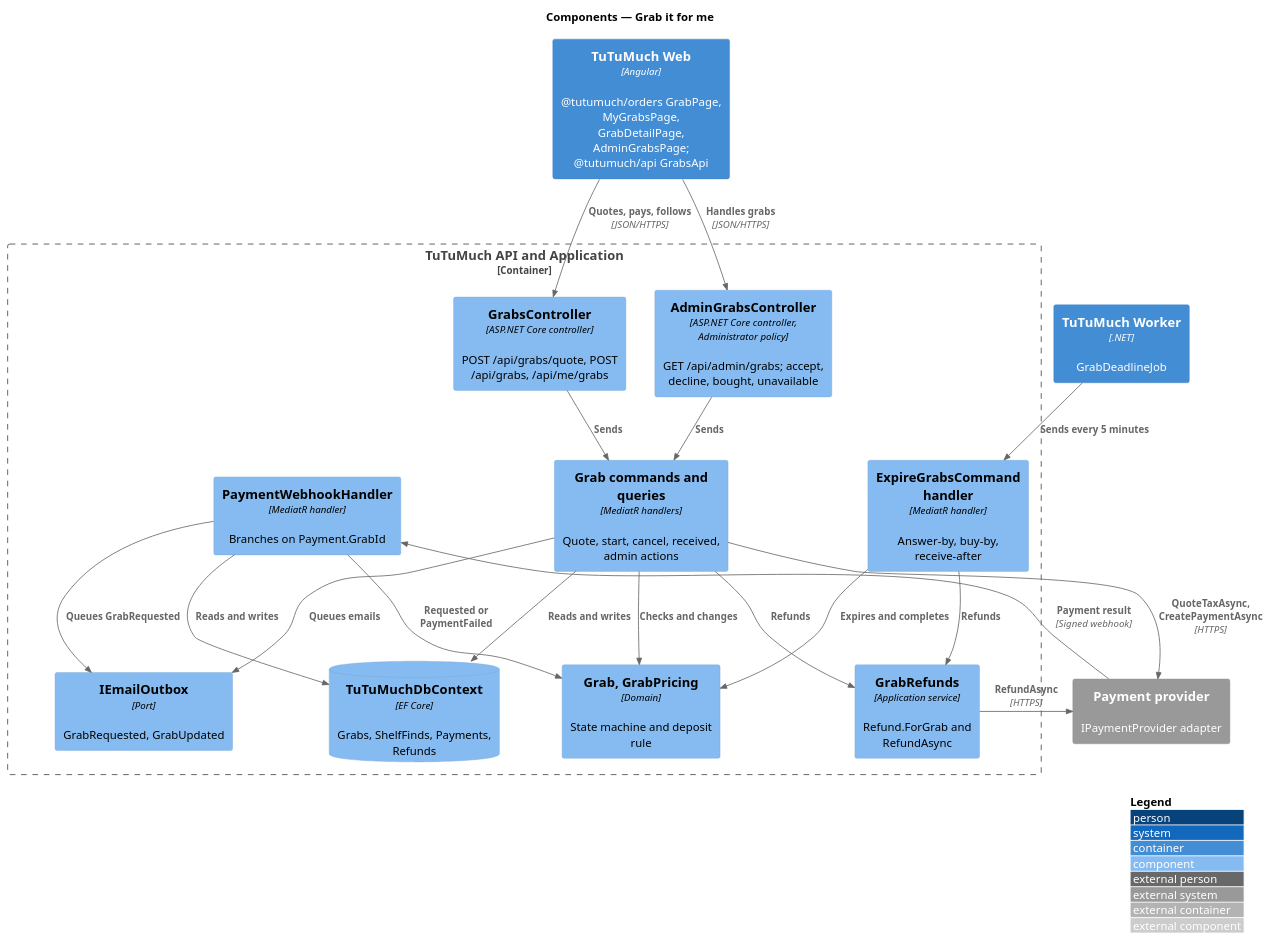
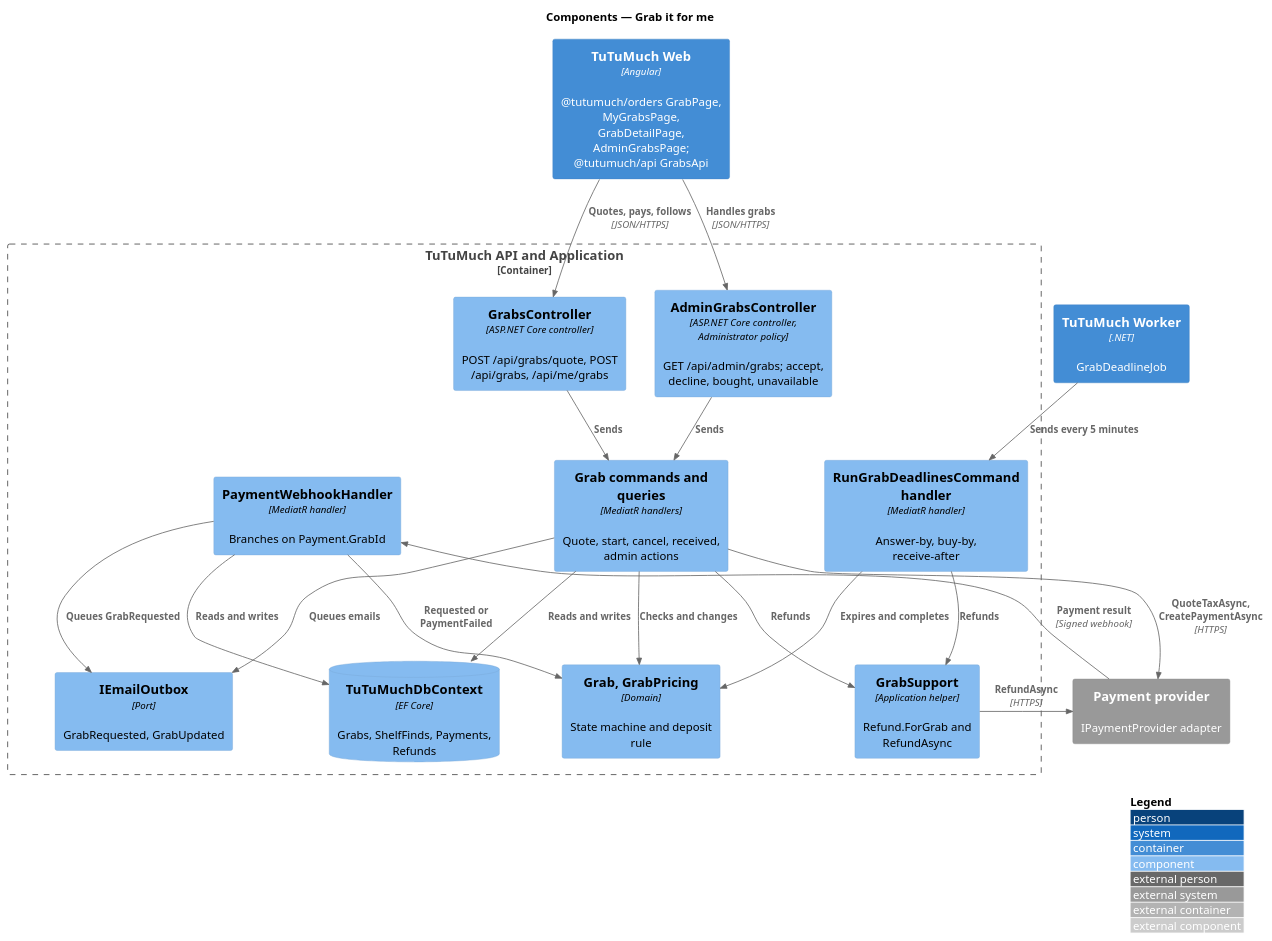
The diagram in docs/detailed-designs/orders/grab-it-for-me/diagrams/c4-component.puml (QuinntyneBrown/tutumuch), drawn with PlantUML before and after one commit. The commit also changed 24 other files, not shown here.

```diff
--- a/docs/detailed-designs/orders/grab-it-for-me/diagrams/c4-component.puml
+++ b/docs/detailed-designs/orders/grab-it-for-me/diagrams/c4-component.puml
@@ -1,38 +1,38 @@
 @startuml
 !include <C4/C4_Component>
 LAYOUT_WITH_LEGEND()
 title Components — Grab it for me
 
 Container(web, "TuTuMuch Web", "Angular", "@tutumuch/orders GrabPage, MyGrabsPage, GrabDetailPage, AdminGrabsPage; @tutumuch/api GrabsApi")
 System_Ext(payments, "Payment provider", "IPaymentProvider adapter")
 Container(worker, "TuTuMuch Worker", ".NET", "GrabDeadlineJob")
 Container_Boundary(api, "TuTuMuch API and Application") {
   Component(grabs, "GrabsController", "ASP.NET Core controller", "POST /api/grabs/quote, POST /api/grabs, /api/me/grabs")
   Component(admin, "AdminGrabsController", "ASP.NET Core controller, Administrator policy", "GET /api/admin/grabs; accept, decline, bought, unavailable")
   Component(webhook, "PaymentWebhookHandler", "MediatR handler", "Branches on Payment.GrabId")
   Component(commands, "Grab commands and queries", "MediatR handlers", "Quote, start, cancel, received, admin actions")
-  Component(deadlines, "ExpireGrabsCommand handler", "MediatR handler", "Answer-by, buy-by, receive-after")
-  Component(refunds, "GrabRefunds", "Application service", "Refund.ForGrab and RefundAsync")
+  Component(deadlines, "RunGrabDeadlinesCommand handler", "MediatR handler", "Answer-by, buy-by, receive-after")
+  Component(refunds, "GrabSupport", "Application helper", "Refund.ForGrab and RefundAsync")
   Component(outbox, "IEmailOutbox", "Port", "GrabRequested, GrabUpdated")
   Component(domain, "Grab, GrabPricing", "Domain", "State machine and deposit rule")
   ComponentDb(db, "TuTuMuchDbContext", "EF Core", "Grabs, ShelfFinds, Payments, Refunds")
 }
 
 Rel(web, grabs, "Quotes, pays, follows", "JSON/HTTPS")
 Rel(web, admin, "Handles grabs", "JSON/HTTPS")
 Rel(payments, webhook, "Payment result", "Signed webhook")
 Rel(worker, deadlines, "Sends every 5 minutes")
 Rel(grabs, commands, "Sends")
 Rel(admin, commands, "Sends")
 Rel(commands, domain, "Checks and changes")
 Rel(deadlines, domain, "Expires and completes")
 Rel(webhook, domain, "Requested or PaymentFailed")
 Rel(commands, refunds, "Refunds")
 Rel(deadlines, refunds, "Refunds")
 Rel(refunds, payments, "RefundAsync", "HTTPS")
 Rel(commands, payments, "QuoteTaxAsync, CreatePaymentAsync", "HTTPS")
 Rel(commands, outbox, "Queues emails")
 Rel(webhook, outbox, "Queues GrabRequested")
 Rel(commands, db, "Reads and writes")
 Rel(webhook, db, "Reads and writes")
 @enduml
```
